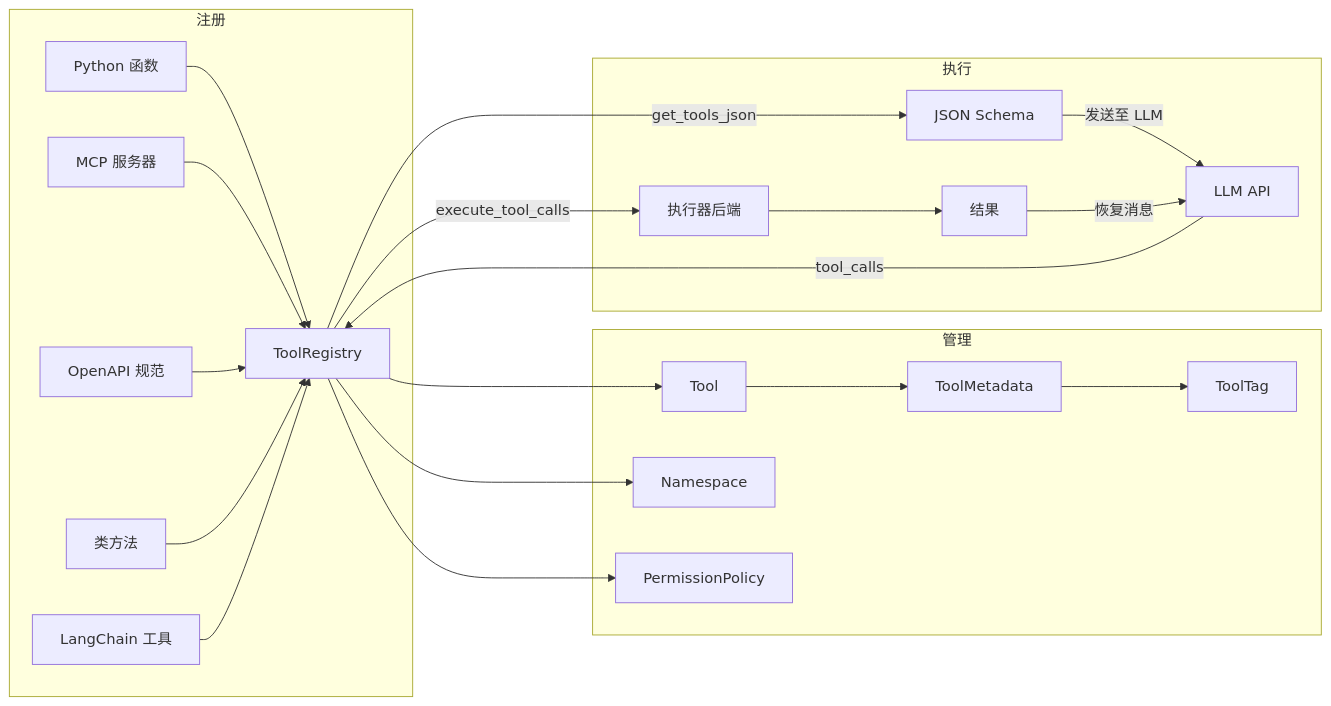
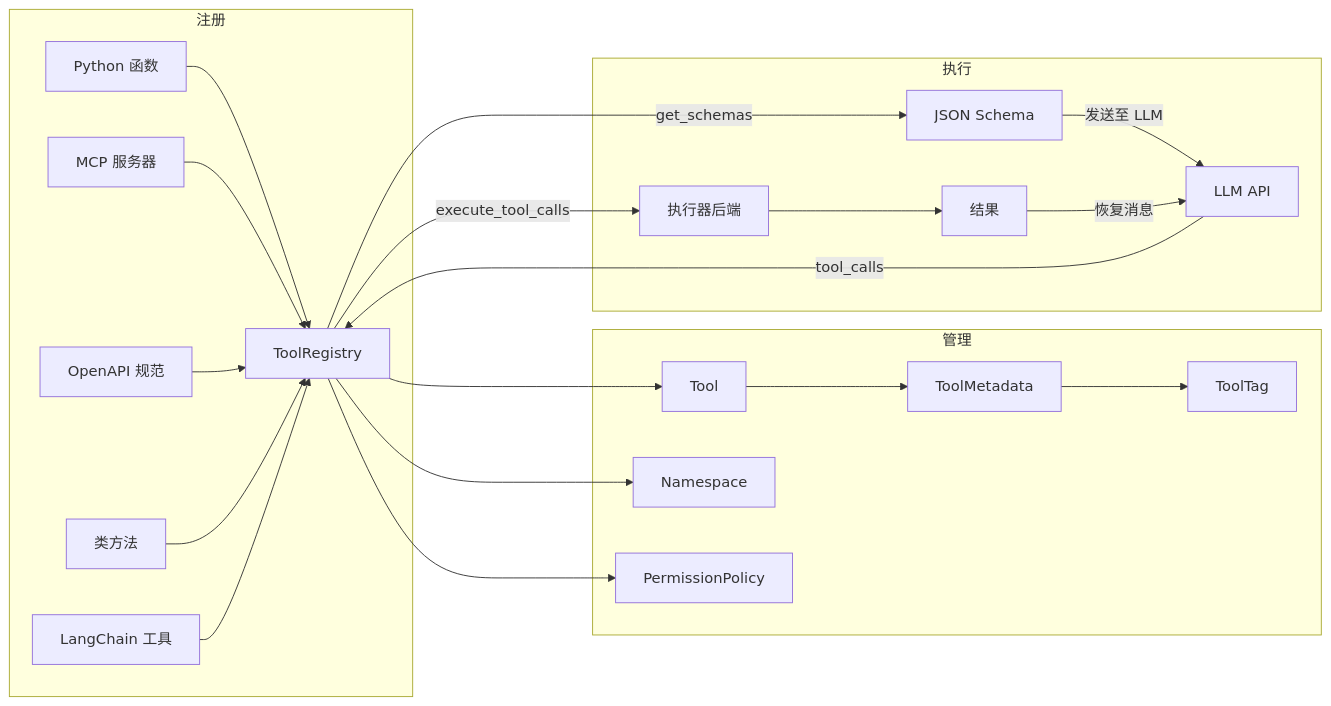
The first of 2 diagrams in docs/architecture/overview.md (Oaklight/ToolRegistry), drawn with Mermaid before and after one commit. The commit also changed other lines of this file and 20 other files, not shown here.

````diff
--- a/docs/architecture/overview.md
+++ b/docs/architecture/overview.md
@@ -20,27 +20,27 @@
 ```mermaid
 graph LR
     subgraph 注册
         F[Python 函数] --> R[ToolRegistry]
         MCP[MCP 服务器] --> R
         OA[OpenAPI 规范] --> R
         CL[类方法] --> R
         LC[LangChain 工具] --> R
     end
 
     subgraph 管理
         R --> T[Tool]
         T --> TM[ToolMetadata]
         TM --> TT[ToolTag]
         R --> NS[Namespace]
         R --> PP[PermissionPolicy]
     end
 
     subgraph 执行
-        R -->|get_tools_json| S[JSON Schema]
+        R -->|get_schemas| S[JSON Schema]
         S -->|发送至 LLM| LLM[LLM API]
         LLM -->|tool_calls| R
         R -->|execute_tool_calls| BE[执行器后端]
         BE --> RES[结果]
         RES -->|恢复消息| LLM
     end
 ```
````
